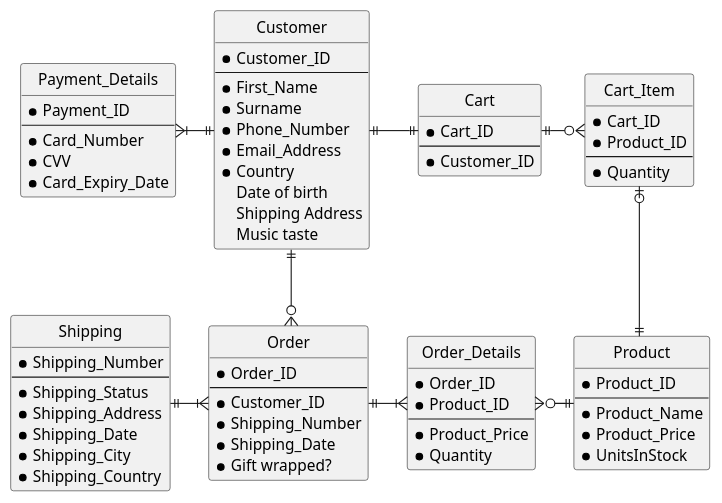
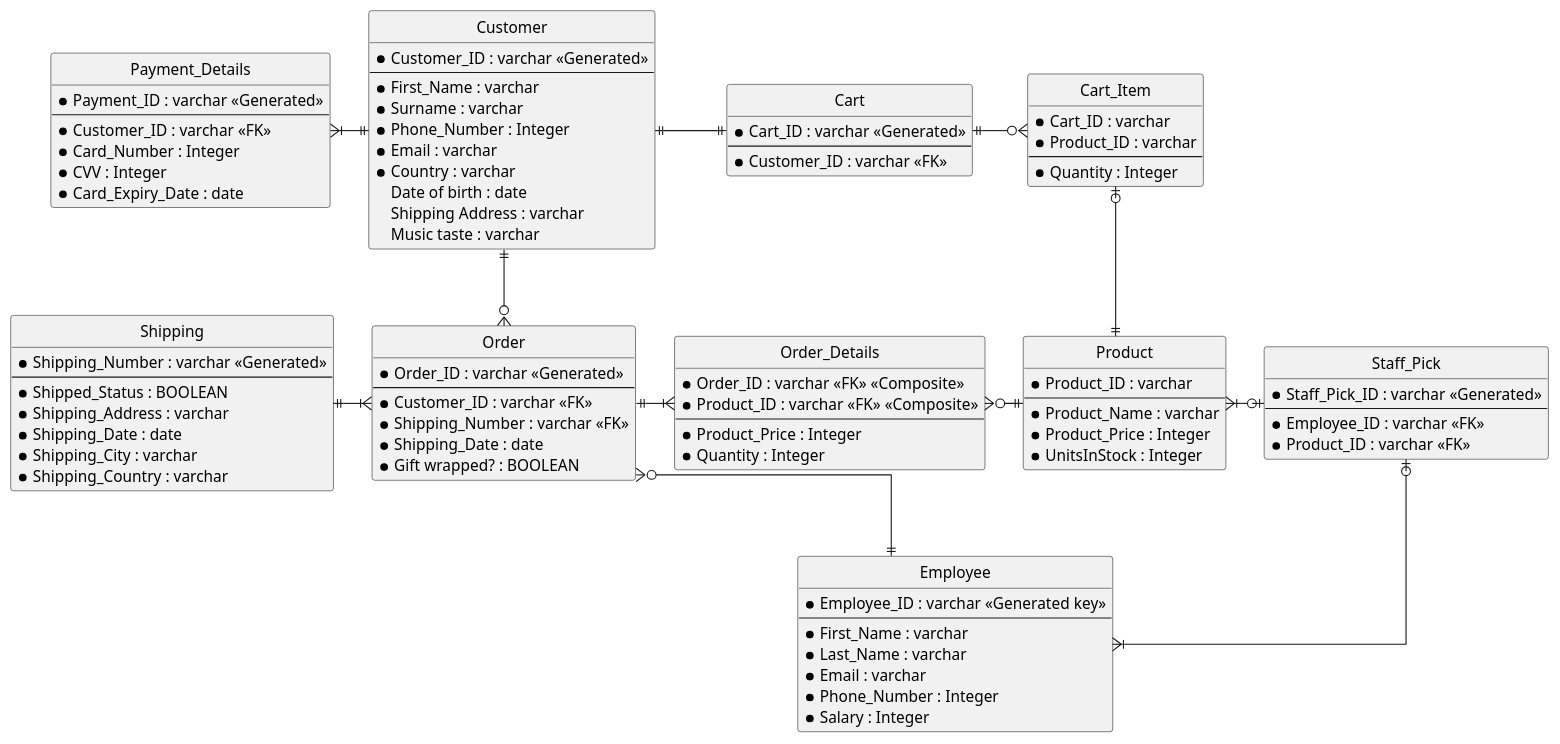
Before and after one commit to shaystevens/INFO201-assignments: the diagram in milestone2/HVLo-Fi-erd.puml, drawn with PlantUML.

Commit message:
Implementation model finished

```diff
--- a/milestone2/HVLo-Fi-erd.puml
+++ b/milestone2/HVLo-Fi-erd.puml
@@ -1,85 +1,106 @@
 @startuml HV Lo-Fi
 
 skinparam Style StrictUML
 skinparam LineType ortho
 skinparam monochrome true
 
 class Customer {
-    * Customer_ID
+    * Customer_ID : varchar <<Generated>>
 --
-    * First_Name
-    * Surname
-    * Phone_Number
-    * Email_Address
-    * Country
-    Date of birth
-    Shipping Address
-    Music taste
+    * First_Name : varchar
+    * Surname : varchar
+    * Phone_Number : Integer
+    * Email : varchar
+    * Country : varchar
+    Date of birth : date
+    Shipping Address : varchar
+    Music taste : varchar
 }
 
 class Product {
-    * Product_ID
+    * Product_ID : varchar
 --
-    * Product_Name
-    * Product_Price
-    * UnitsInStock
+    * Product_Name : varchar
+    * Product_Price : Integer
+    * UnitsInStock : Integer
 }
 
 class Order {
-    * Order_ID
+    * Order_ID : varchar <<Generated>>
 --
-    * Customer_ID
-    * Shipping_Number
-    * Shipping_Date
-    * Gift wrapped?
+    * Customer_ID : varchar <<FK>>
+    * Shipping_Number : varchar <<FK>>
+    * Shipping_Date : date
+    * Gift wrapped? : BOOLEAN
 }
 
 class Shipping {
-    * Shipping_Number
+    * Shipping_Number : varchar <<Generated>>
 --
-    * Shipping_Status
-    * Shipping_Address
-    * Shipping_Date
-    * Shipping_City
-    * Shipping_Country
+    * Shipped_Status : BOOLEAN
+    * Shipping_Address : varchar
+    * Shipping_Date : date
+    * Shipping_City : varchar
+    * Shipping_Country : varchar
 }
 
 class Payment_Details {
-    * Payment_ID
+    * Payment_ID : varchar <<Generated>>
 --
-    * Card_Number
-    * CVV
-    * Card_Expiry_Date
+    * Customer_ID : varchar <<FK>>
+    * Card_Number : Integer
+    * CVV : Integer
+    * Card_Expiry_Date : date
 }
 
 class Order_Details {
-    * Order_ID
-    * Product_ID
+    * Order_ID : varchar <<FK>> <<Composite>>
+    * Product_ID : varchar <<FK>> <<Composite>>
 --
-    * Product_Price
-    * Quantity
+    * Product_Price : Integer
+    * Quantity : Integer
 }
 
 class Cart {
-    * Cart_ID
+    * Cart_ID : varchar <<Generated>>
 --
-    * Customer_ID
+    * Customer_ID : varchar <<FK>>
 }
 
 class Cart_Item {
-    * Cart_ID
-    * Product_ID
+    * Cart_ID : varchar 
+    * Product_ID : varchar
 --
-    * Quantity
+    * Quantity : Integer
+}
+
+class Employee {
+    * Employee_ID : varchar <<Generated key>>
+--
+    * First_Name : varchar
+    * Last_Name : varchar
+    * Email : varchar
+    * Phone_Number : Integer
+    * Salary : Integer
+}
+
+class Staff_Pick {
+    * Staff_Pick_ID : varchar <<Generated>>
+--
+    * Employee_ID : varchar <<FK>>
+    * Product_ID : varchar <<FK>>
 }
 
 Customer ||--o{ Order
 Customer ||-|| Cart
 Cart ||-o{ Cart_Item
 Cart_Item |o-|| Product
 Payment_Details }|-|| Customer
 Shipping ||-|{ Order
 Order ||-|{ Order_Details
 Order_Details }o-|| Product
+Staff_Pick |o--|{ Employee
+Product }|-o| Staff_Pick
+Order }o--|| Employee
 
 @enduml
```
